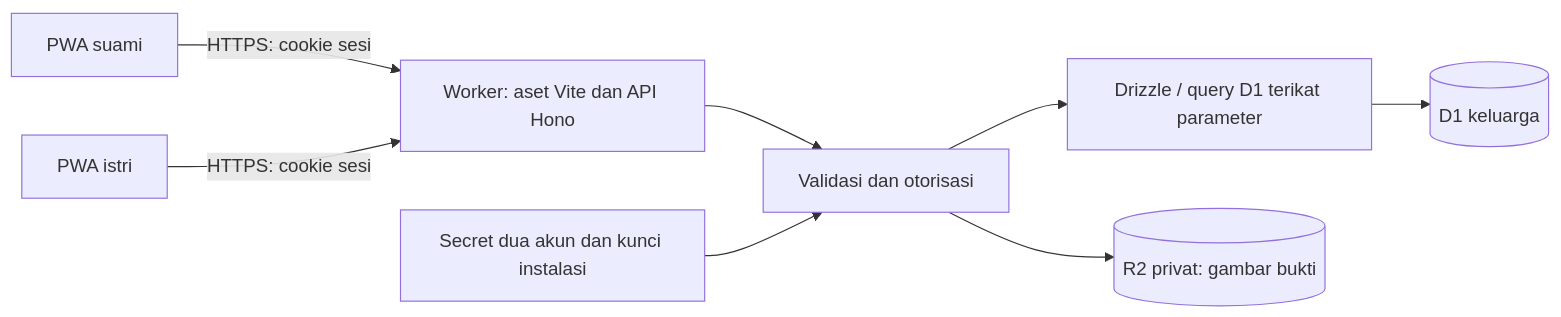
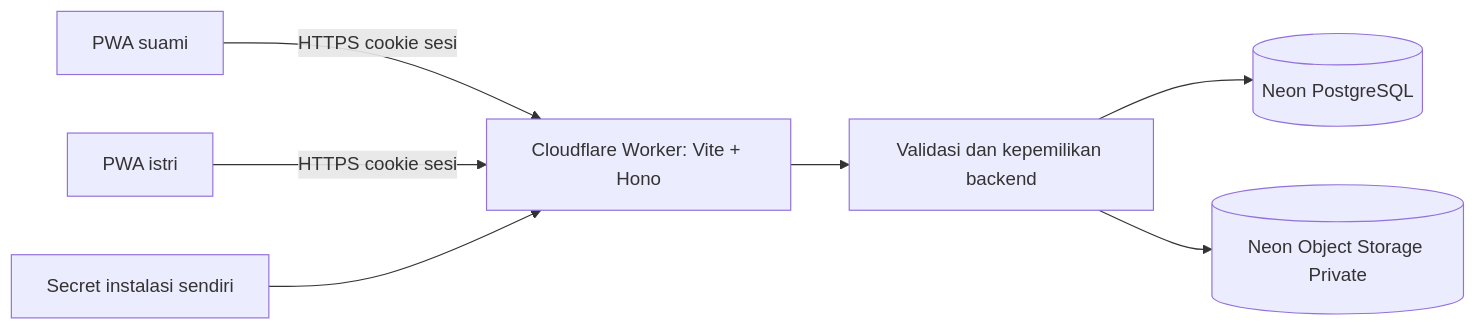
One commit to ziqri7/family-finance-pwa changed the diagram in docs/ARCHITECTURE.md. Above: the diagram before and after it, drawn with Mermaid. The commit also changed other lines of this file and 38 other files, not shown here.

Commit message:
Migrate Financee storage to Neon

````diff
--- a/docs/ARCHITECTURE.md
+++ b/docs/ARCHITECTURE.md
@@ -7,10 +7,9 @@
 ```mermaid
 flowchart LR
-  A[PWA suami] -->|HTTPS: cookie sesi| W[Worker: aset Vite dan API Hono]
-  B[PWA istri] -->|HTTPS: cookie sesi| W
-  W --> V[Validasi dan otorisasi]
-  V --> D[Drizzle / query D1 terikat parameter]
-  D --> DB[(D1 keluarga)]
-  V --> R[(R2 privat: gambar bukti)]
-  S[Secret dua akun dan kunci instalasi] --> V
+ A[PWA suami] -->|HTTPS cookie sesi| W[Cloudflare Worker: Vite + Hono]
+ B[PWA istri] -->|HTTPS cookie sesi| W
+ W --> V[Validasi dan kepemilikan backend]
+ V --> D[(Neon PostgreSQL)]
+ V --> S[(Neon Object Storage Private)]
+ K[Secret instalasi sendiri] --> W
 ```
````
